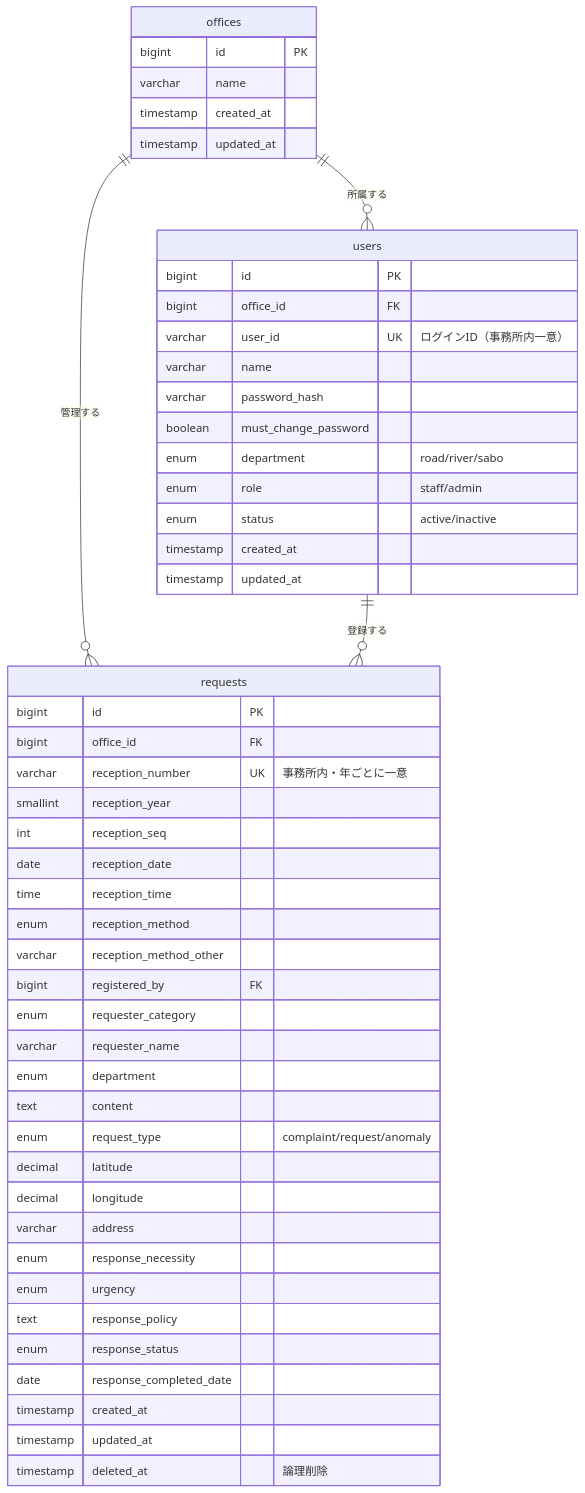
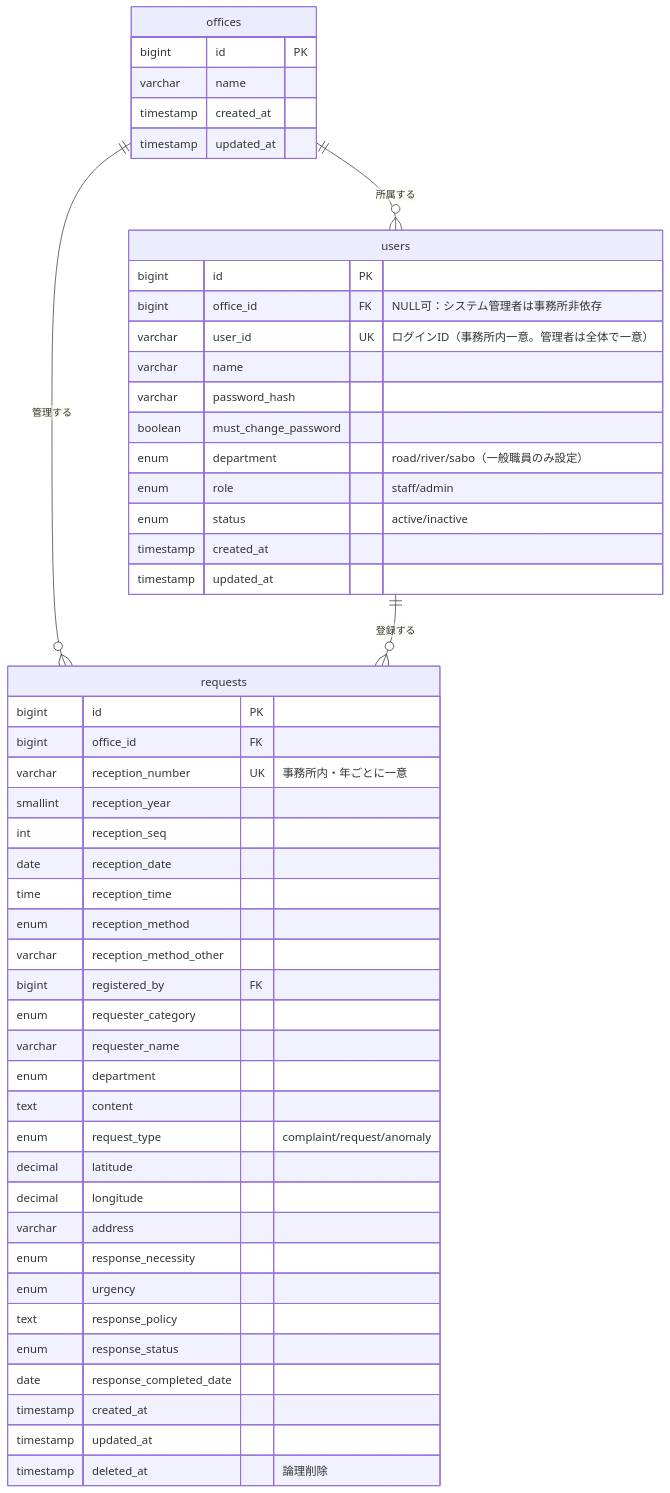
One commit to tomo-taka108/Civil-Request-Management changed the diagram in docs/database-design.md. Above: the diagram before and after it, drawn with Mermaid. The commit also changed other lines of this file and 14 other files, not shown here.

````diff
--- a/docs/database-design.md
+++ b/docs/database-design.md
@@ -18,56 +12,56 @@
 ```mermaid
 erDiagram
     offices ||--o{ users : "所属する"
     offices ||--o{ requests : "管理する"
     users ||--o{ requests : "登録する"
 
     offices {
         bigint id PK
         varchar name
         timestamp created_at
         timestamp updated_at
     }
 
     users {
         bigint id PK
-        bigint office_id FK
-        varchar user_id UK "ログインID（事務所内一意）"
+        bigint office_id FK "NULL可：システム管理者は事務所非依存"
+        varchar user_id UK "ログインID（事務所内一意。管理者は全体で一意）"
         varchar name
         varchar password_hash
         boolean must_change_password
-        enum department "road/river/sabo"
+        enum department "road/river/sabo（一般職員のみ設定）"
         enum role "staff/admin"
         enum status "active/inactive"
         timestamp created_at
         timestamp updated_at
     }
 
     requests {
         bigint id PK
         bigint office_id FK
         varchar reception_number UK "事務所内・年ごとに一意"
         smallint reception_year
         int reception_seq
         date reception_date
         time reception_time
         enum reception_method
         varchar reception_method_other
         bigint registered_by FK
         enum requester_category
         varchar requester_name
         enum department
         text content
         enum request_type "complaint/request/anomaly"
         decimal latitude
         decimal longitude
         varchar address
         enum response_necessity
         enum urgency
         text response_policy
         enum response_status
         date response_completed_date
         timestamp created_at
         timestamp updated_at
         timestamp deleted_at "論理削除"
     }
 ```
````
